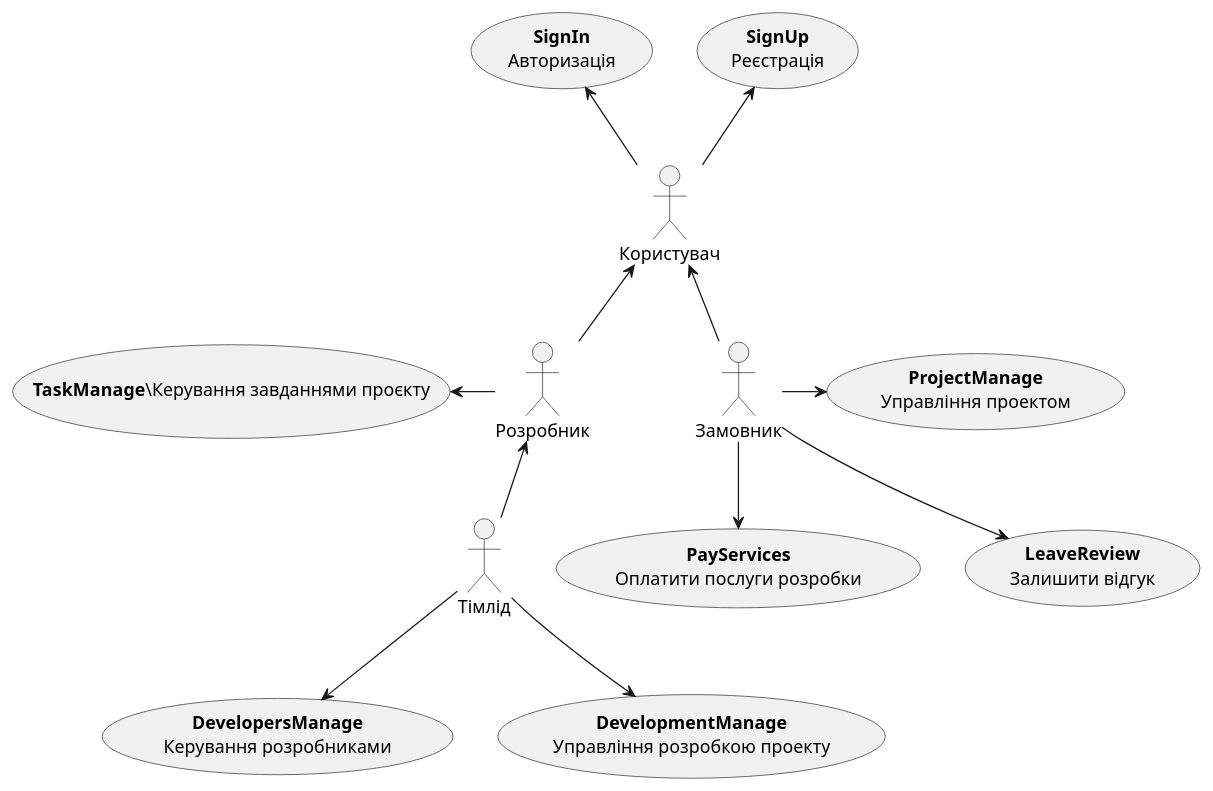
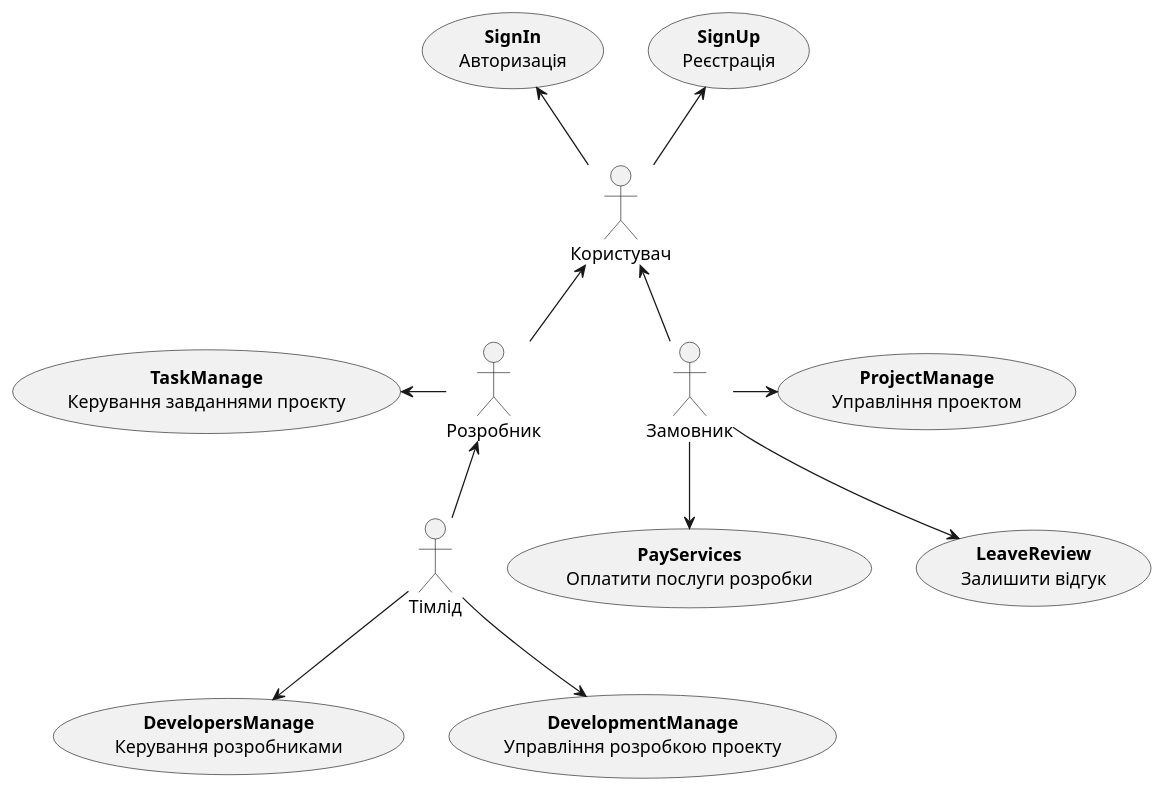
Before and after one commit to edu-db/edu_db_labs: the first of 15 diagrams in docs/use cases/README.md, drawn with PlantUML. The commit also changed other lines of this file and 1 other file, not shown here.

First line of the commit message:
Made team lead schema and use case with TrackDevelopmentStatus id

```diff
--- a/docs/use cases/README.md
+++ b/docs/use cases/README.md
@@ -14,33 +14,33 @@
 @startuml
 
     actor "Користувач" as User
     actor "Тімлід" as Teamlead
     actor "Замовник" as Customer
     actor "Розробник" as Developer
 
     usecase "<b>SignUp</b>\nРеєстрація" as SignUp
     usecase "<b>SignIn</b>\nАвторизація" as SignIn
     usecase "<b>ProjectManage</b>\nУправління проектом" as ProjectManage
     usecase "<b>PayServices</b>\nОплатити послуги розробки" as PayServices
     usecase "<b>LeaveReview</b>\nЗалишити відгук" as LeaveReview
     usecase "<b>DevelopersManage</b>\nКерування розробниками" as DevelopersManage
     usecase "<b>DevelopmentManage</b>\nУправління розробкою проекту" as DevelopmentManage
-    usecase "<b>TaskManage</b>\Керування завданнями проєкту" as TaskManage
+    usecase "<b>TaskManage</b>\nКерування завданнями проєкту" as TaskManage
 
     Developer -u-> User
     Customer -u-> User
     Teamlead -u-> Developer
 
     User -u-> SignUp
     User -u-> SignIn
 
     Customer -r->  ProjectManage
     Customer -->  PayServices
     Customer -->  LeaveReview
 
     Teamlead --> DevelopersManage
     Teamlead --> DevelopmentManage
 
     Developer -l-> TaskManage
 
 @enduml
```
